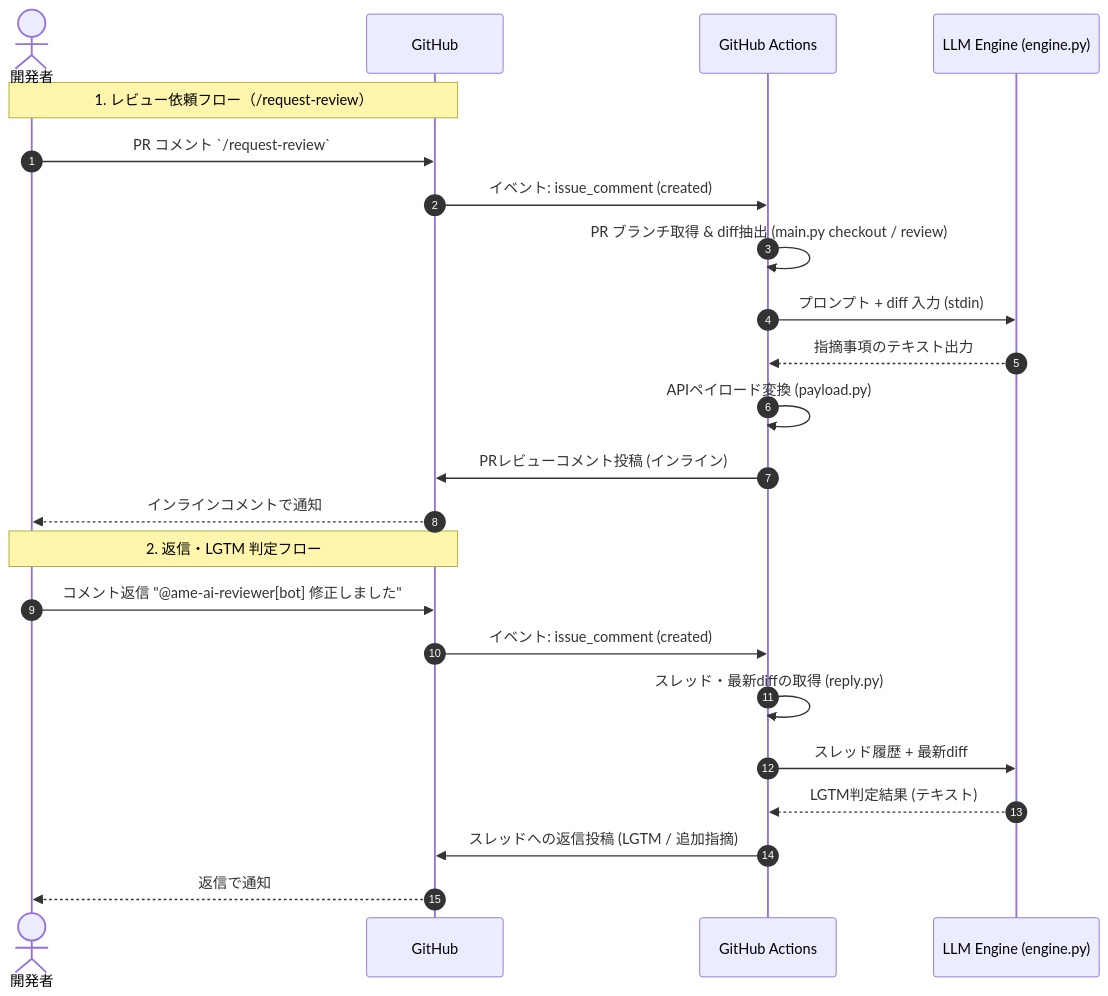
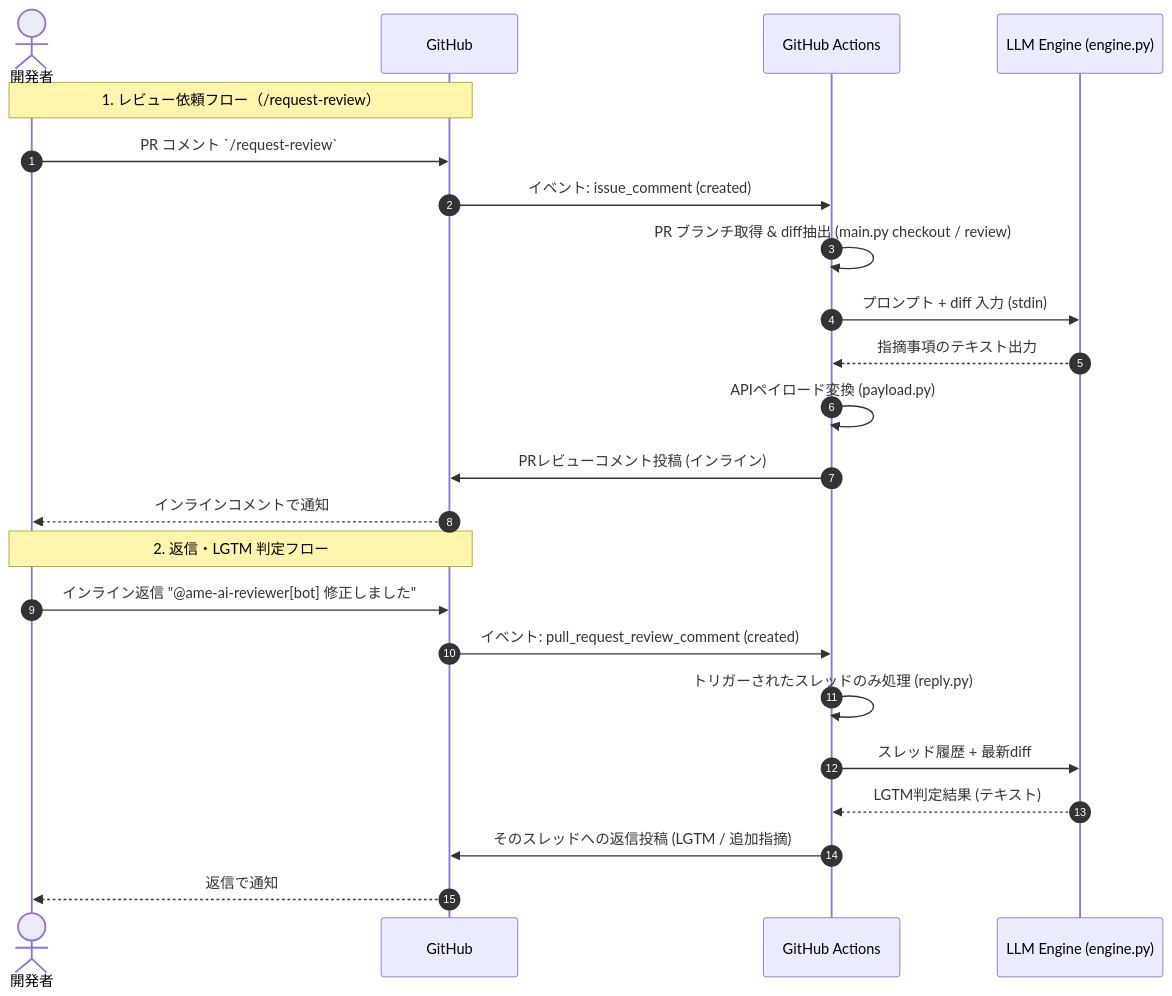
The second of 2 diagrams in ame_ai_review_system/docs/architecture.md (AME-Team/AME-AI-Review-System), drawn with Mermaid before and after one commit. The commit also changed other lines of this file and 10 other files, not shown here.

First line of the commit message:
fix(reply): scope LGTM reply to the triggered thread

````diff
--- a/ame_ai_review_system/docs/architecture.md
+++ b/ame_ai_review_system/docs/architecture.md
@@ -86,27 +86,27 @@
 ```mermaid
 sequenceDiagram
     autonumber
     actor Developer as 開発者
     participant GitHub as GitHub
     participant Actions as GitHub Actions
     participant Engine as LLM Engine (engine.py)
 
     Note over Developer, GitHub: 1. レビュー依頼フロー（/request-review）
     Developer->>GitHub: PR コメント `/request-review`
     GitHub->>Actions: イベント: issue_comment (created)
     Actions->>Actions: PR ブランチ取得 & diff抽出 (main.py checkout / review)
     Actions->>Engine: プロンプト + diff 入力 (stdin)
     Engine-->>Actions: 指摘事項のテキスト出力
     Actions->>Actions: APIペイロード変換 (payload.py)
     Actions->>GitHub: PRレビューコメント投稿 (インライン)
     GitHub-->>Developer: インラインコメントで通知
 
     Note over Developer, GitHub: 2. 返信・LGTM 判定フロー
-    Developer->>GitHub: コメント返信 "@ame-ai-reviewer[bot] 修正しました"
-    GitHub->>Actions: イベント: issue_comment (created)
-    Actions->>Actions: スレッド・最新diffの取得 (reply.py)
+    Developer->>GitHub: インライン返信 "@ame-ai-reviewer[bot] 修正しました"
+    GitHub->>Actions: イベント: pull_request_review_comment (created)
+    Actions->>Actions: トリガーされたスレッドのみ処理 (reply.py)
     Actions->>Engine: スレッド履歴 + 最新diff
     Engine-->>Actions: LGTM判定結果 (テキスト)
-    Actions->>GitHub: スレッドへの返信投稿 (LGTM / 追加指摘)
+    Actions->>GitHub: そのスレッドへの返信投稿 (LGTM / 追加指摘)
     GitHub-->>Developer: 返信で通知
 ```
````
